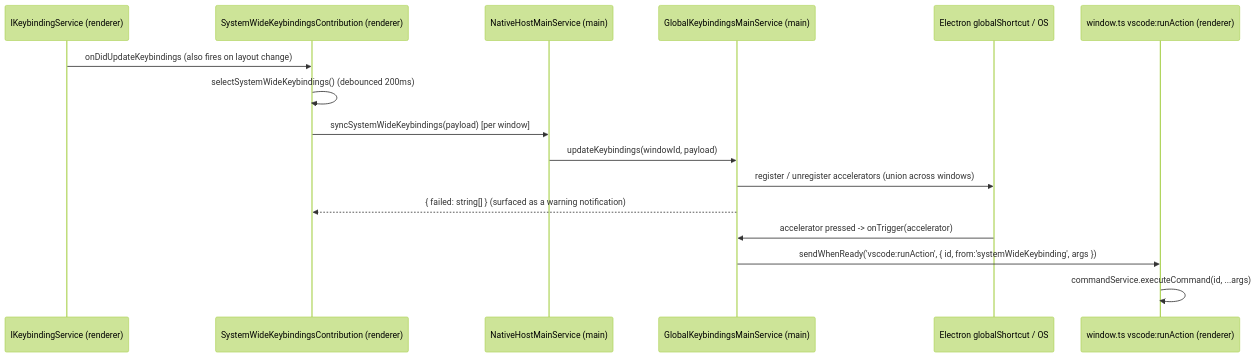
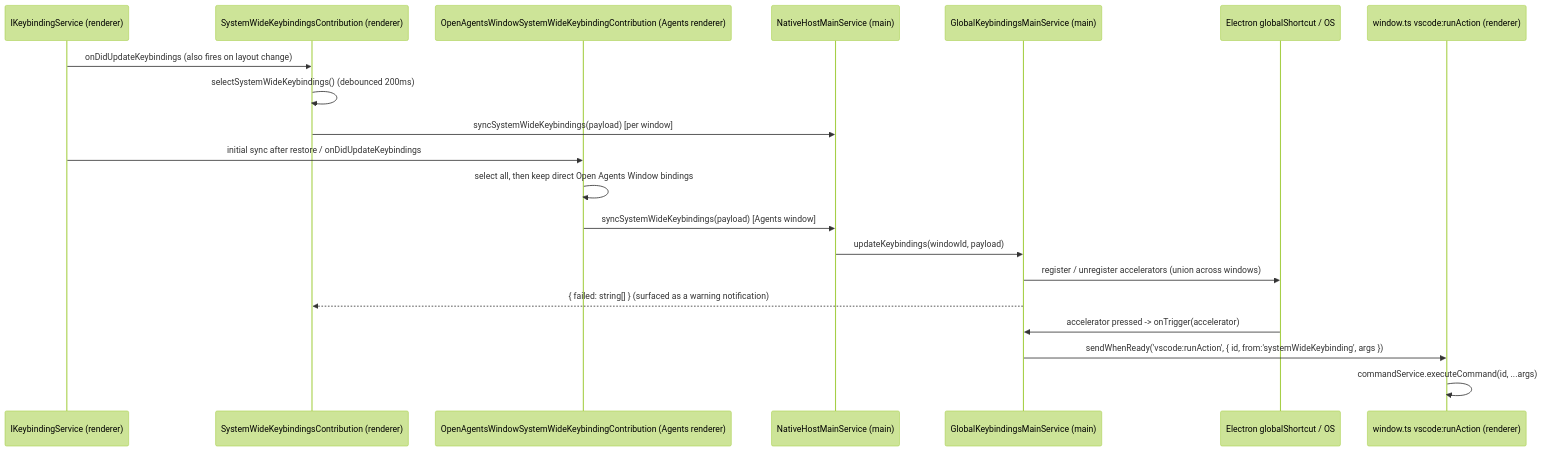
Before and after one commit to knoxchat/knoxcoder: the diagram in src/vs/workbench/contrib/keybindings/electron-browser/systemWideKeybindings.specification.md, drawn with Mermaid (forest theme). The commit also changed other lines of this file and 838 other files, not shown here.

````diff
--- a/src/vs/workbench/contrib/keybindings/electron-browser/systemWideKeybindings.specification.md
+++ b/src/vs/workbench/contrib/keybindings/electron-browser/systemWideKeybindings.specification.md
@@ -45,19 +45,23 @@
 ```mermaid
 sequenceDiagram
     participant KB as IKeybindingService (renderer)
     participant C as SystemWideKeybindingsContribution (renderer)
+    participant A as OpenAgentsWindowSystemWideKeybindingContribution (Agents renderer)
     participant NH as NativeHostMainService (main)
     participant G as GlobalKeybindingsMainService (main)
     participant OS as Electron globalShortcut / OS
     participant W as window.ts vscode:runAction (renderer)
 
     KB->>C: onDidUpdateKeybindings (also fires on layout change)
     C->>C: selectSystemWideKeybindings() (debounced 200ms)
     C->>NH: syncSystemWideKeybindings(payload)  [per window]
+    KB->>A: initial sync after restore / onDidUpdateKeybindings
+    A->>A: select all, then keep direct Open Agents Window bindings
+    A->>NH: syncSystemWideKeybindings(payload)  [Agents window]
     NH->>G: updateKeybindings(windowId, payload)
     G->>OS: register / unregister accelerators (union across windows)
     G-->>C: { failed: string[] }  (surfaced as a warning notification)
     OS->>G: accelerator pressed -> onTrigger(accelerator)
     G->>W: sendWhenReady('vscode:runAction', { id, from:'systemWideKeybinding', args })
     W->>W: commandService.executeCommand(id, ...args)
 ```
````
